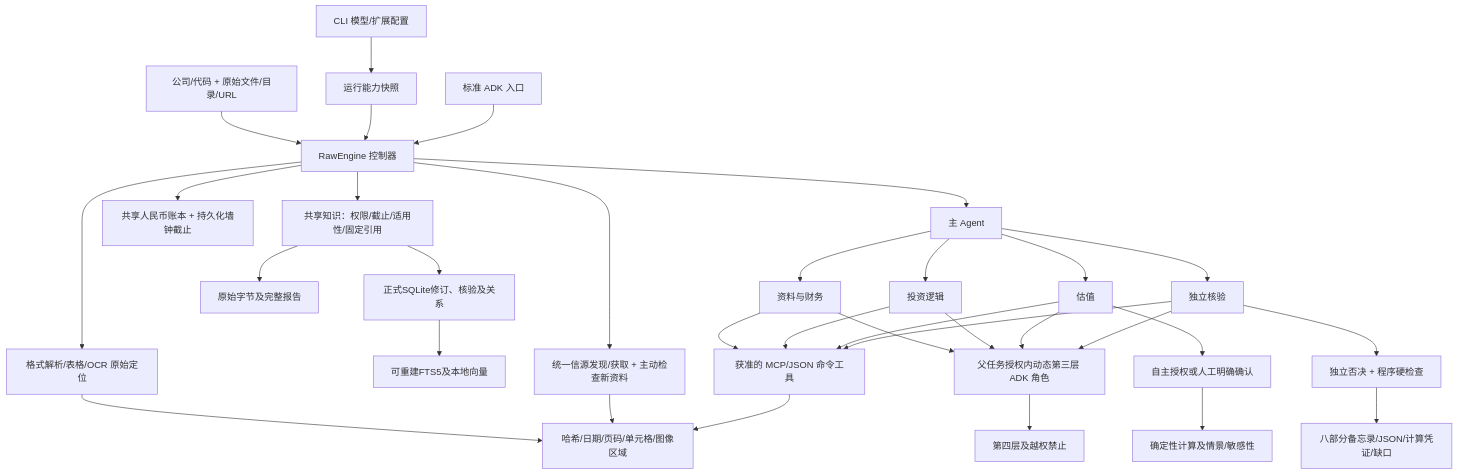
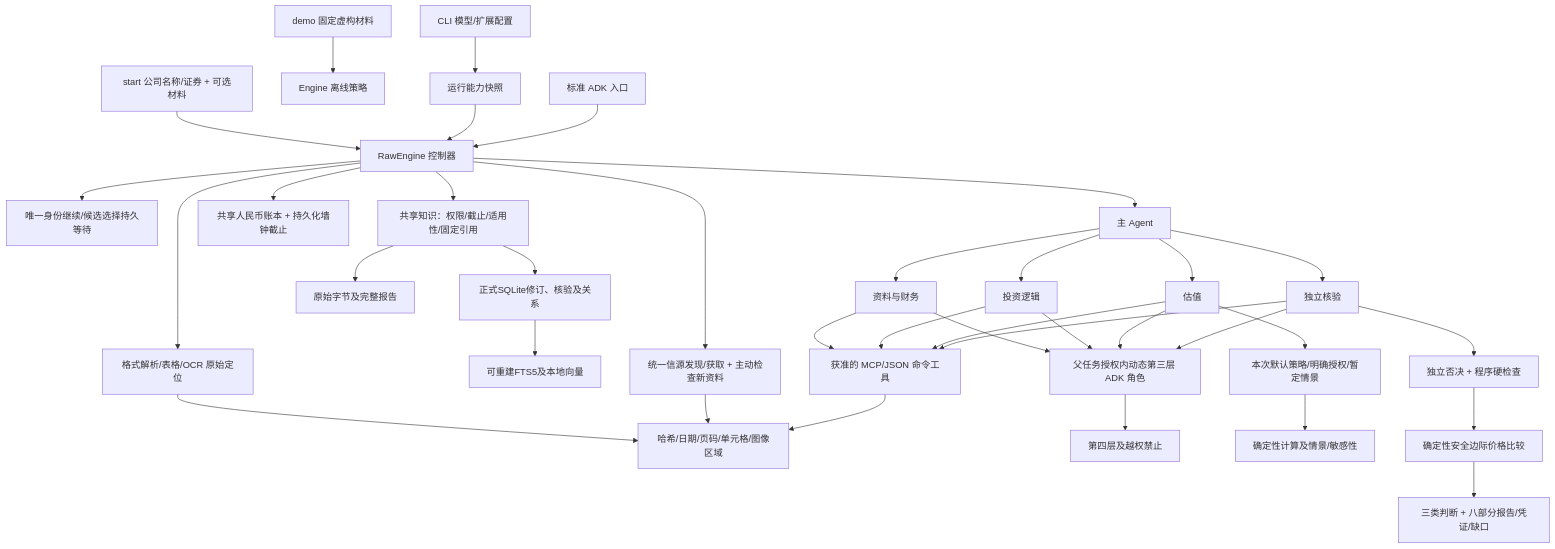
The diagram in docs/ARCHITECTURE.md (chilly-chilli/Yantra), drawn with Mermaid before and after one commit. The commit also changed other lines of this file and 64 other files, not shown here.

````diff
--- a/docs/ARCHITECTURE.md
+++ b/docs/ARCHITECTURE.md
@@ -7,28 +7,31 @@
 ```mermaid
 flowchart TD
-  CLI[公司/代码 + 原始文件/目录/URL] --> Raw[RawEngine 控制器]
+  CLI[start 公司名称/证券 + 可选材料] --> Raw[RawEngine 控制器]
+  Demo[demo 固定虚构材料] --> Legacy[Engine 离线策略]
   Configure[CLI 模型/扩展配置] --> Snapshot[运行能力快照]
   Snapshot --> Raw
   ADK[标准 ADK 入口] --> Raw
+  Raw --> Identity[唯一身份继续/候选选择持久等待]
   Raw --> Ingest[格式解析/表格/OCR 原始定位]
   Raw --> Knowledge[共享知识：权限/截止/适用性/固定引用]
   Knowledge --> SQLite[正式SQLite修订、核验及关系]
   Knowledge --> Files[原始字节及完整报告]
   SQLite --> Index[可重建FTS5及本地向量]
   Raw --> Search[统一信源发现/获取 + 主动检查新资料]
   Ingest & Search --> Sources[哈希/日期/页码/单元格/图像区域]
   Raw --> Ledger[共享人民币账本 + 持久化墙钟截止]
   Raw --> Main[主 Agent]
   Main --> Finance[资料与财务]
   Main --> Thesis[投资逻辑]
   Main --> Value[估值]
   Main --> Audit[独立核验]
   Finance & Thesis & Value & Audit --> Children[父任务授权内动态第三层 ADK 角色]
   Finance & Thesis & Value & Audit --> Extensions[获准的 MCP/JSON 命令工具]
   Extensions --> Sources
   Children --> Gate[第四层及越权禁止]
-  Value --> Auth[自主授权或人工明确确认]
+  Value --> Auth[本次默认策略/明确授权/暂定情景]
   Auth --> Calc[确定性计算及情景/敏感性]
   Audit --> Veto[独立否决 + 程序硬检查]
-  Veto --> Output[八部分备忘录/JSON/计算凭证/缺口]
+  Veto --> Judgment[确定性安全边际价格比较]
+  Judgment --> Output[三类判断 + 八部分报告/凭证/缺口]
 ```
````
